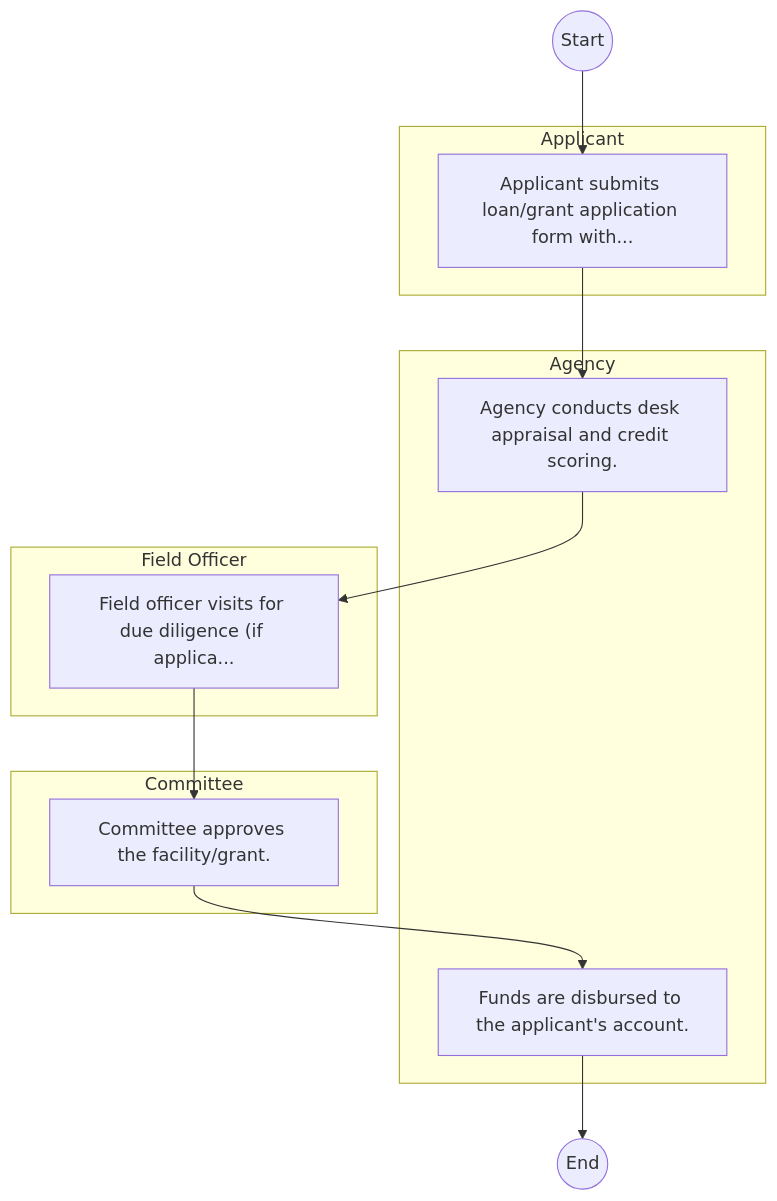
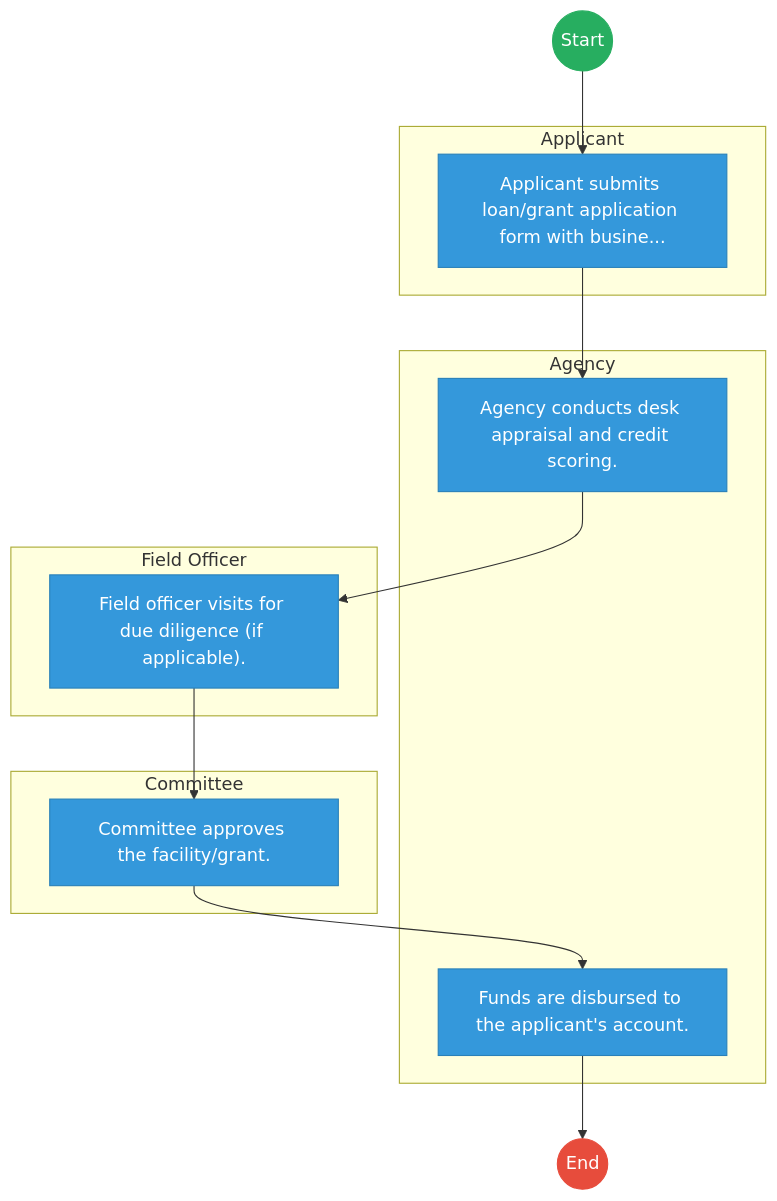
One commit to BITZ-IT-Consulting-LTD/ictapoc changed the first of 2 diagrams in mdas/docs_final/Agricultural_Development_Corporation___Service_Delivery.md. Above: the diagram before and after it, drawn with Mermaid. The commit also changed other lines of this file and 461 other files, not shown here.

````diff
--- a/mdas/docs_final/Agricultural_Development_Corporation___Service_Delivery.md
+++ b/mdas/docs_final/Agricultural_Development_Corporation___Service_Delivery.md
@@ -20,22 +20,35 @@
 ```mermaid
 graph TD
     Start((Start)) --> S1
+
     subgraph Applicant [Applicant]
-        S1["Applicant submits loan/grant application form with..."]
+        S1["Applicant submits loan/grant application form with busine..."]
     end
+
     subgraph Agency [Agency]
         S2["Agency conducts desk appraisal and credit scoring."]
         S5["Funds are disbursed to the applicant's account."]
     end
-    subgraph FieldOfficer [Field Officer]
-        S3["Field officer visits for due diligence (if applica..."]
+
+    subgraph Field_Officer [Field Officer]
+        S3["Field officer visits for due diligence (if applicable)."]
     end
+
     subgraph Committee [Committee]
         S4["Committee approves the facility/grant."]
     end
     S1 --> S2
     S2 --> S3
     S3 --> S4
     S4 --> S5
     S5 --> End((End))
+
+    classDef start fill:#27ae60,stroke:#27ae60,color:#fff;
+    classDef endNode fill:#e74c3c,stroke:#e74c3c,color:#fff;
+    classDef userTask fill:#3498db,stroke:#2980b9,color:#fff;
+    classDef serviceTask fill:#9b59b6,stroke:#8e44ad,color:#fff;
+
+    class Start start;
+    class End endNode;
+    class S1,S2,S3,S4,S5 userTask;
 ```
````
